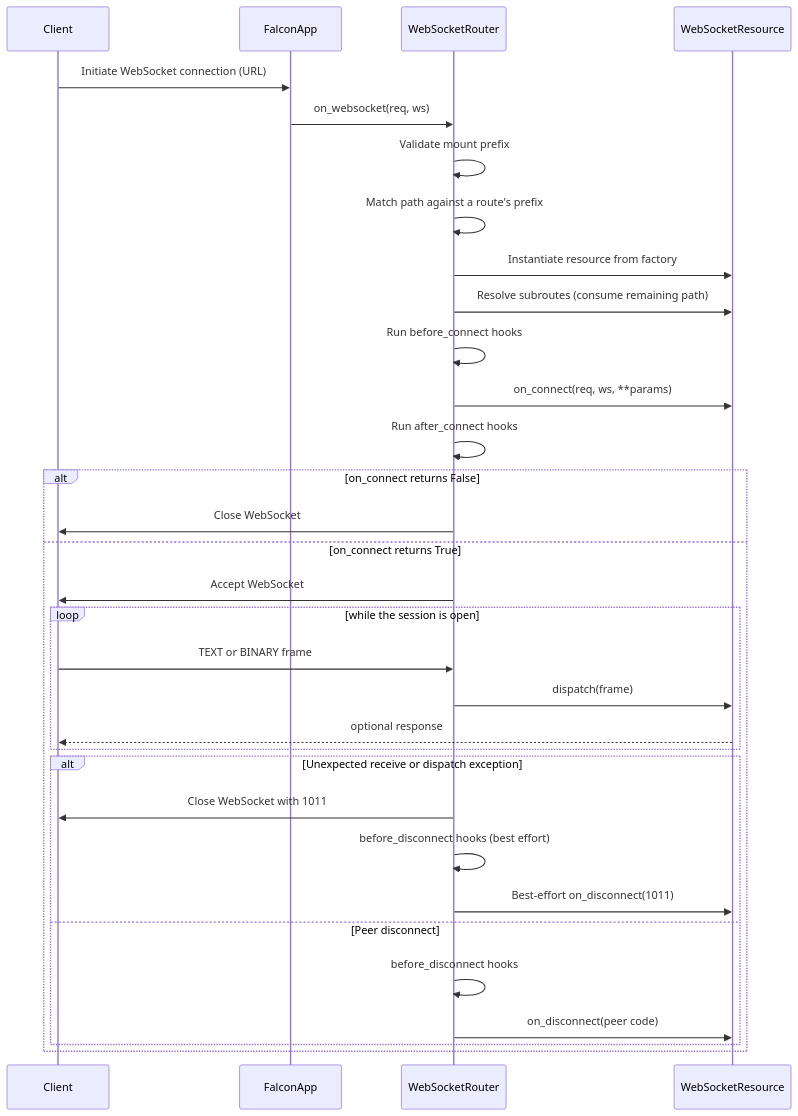
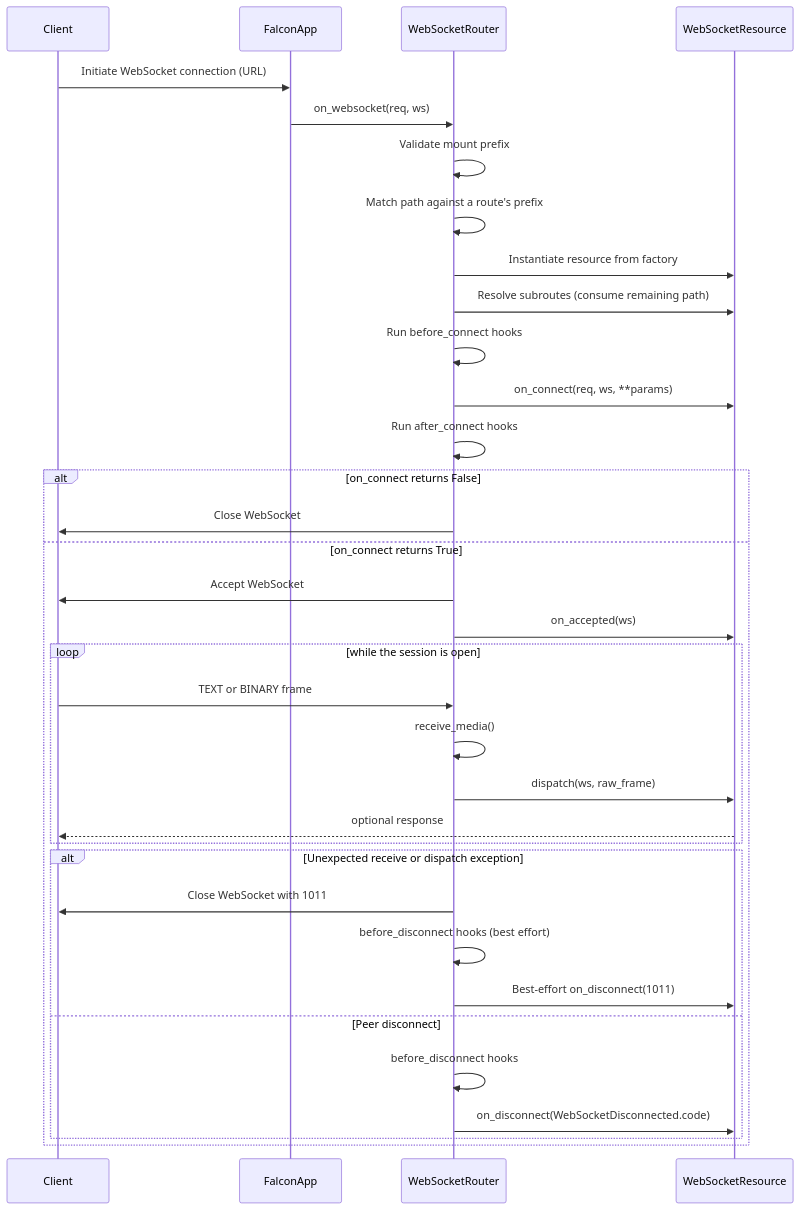
The seventh of 20 diagrams in docs/falcon-websocket-extension-design.md (leynos/falcon-pachinko), drawn with Mermaid before and after one commit. The commit also changed other lines of this file and 33 other files, not shown here.

````diff
--- a/docs/falcon-websocket-extension-design.md
+++ b/docs/falcon-websocket-extension-design.md
@@ -1216,35 +1241,37 @@
 ```mermaid
 sequenceDiagram
     participant Client
     participant FalconApp
     participant WebSocketRouter
     participant WebSocketResource
 
     Client->>FalconApp: Initiate WebSocket connection (URL)
     FalconApp->>WebSocketRouter: on_websocket(req, ws)
     WebSocketRouter->>WebSocketRouter: Validate mount prefix
     WebSocketRouter->>WebSocketRouter: Match path against a route's prefix
     WebSocketRouter->>WebSocketResource: Instantiate resource from factory
     WebSocketRouter->>WebSocketResource: Resolve subroutes (consume remaining path)
     WebSocketRouter->>WebSocketRouter: Run before_connect hooks
     WebSocketRouter->>WebSocketResource: on_connect(req, ws, **params)
     WebSocketRouter->>WebSocketRouter: Run after_connect hooks
     alt on_connect returns False
         WebSocketRouter->>Client: Close WebSocket
     else on_connect returns True
         WebSocketRouter->>Client: Accept WebSocket
+        WebSocketRouter->>WebSocketResource: on_accepted(ws)
         loop while the session is open
             Client->>WebSocketRouter: TEXT or BINARY frame
-            WebSocketRouter->>WebSocketResource: dispatch(frame)
+            WebSocketRouter->>WebSocketRouter: receive_media()
+            WebSocketRouter->>WebSocketResource: dispatch(ws, raw_frame)
             WebSocketResource-->>Client: optional response
         end
         alt Unexpected receive or dispatch exception
             WebSocketRouter->>Client: Close WebSocket with 1011
             WebSocketRouter->>WebSocketRouter: before_disconnect hooks (best effort)
             WebSocketRouter->>WebSocketResource: Best-effort on_disconnect(1011)
         else Peer disconnect
             WebSocketRouter->>WebSocketRouter: before_disconnect hooks
-            WebSocketRouter->>WebSocketResource: on_disconnect(peer code)
+            WebSocketRouter->>WebSocketResource: on_disconnect(WebSocketDisconnected.code)
         end
     end
 ```
````
